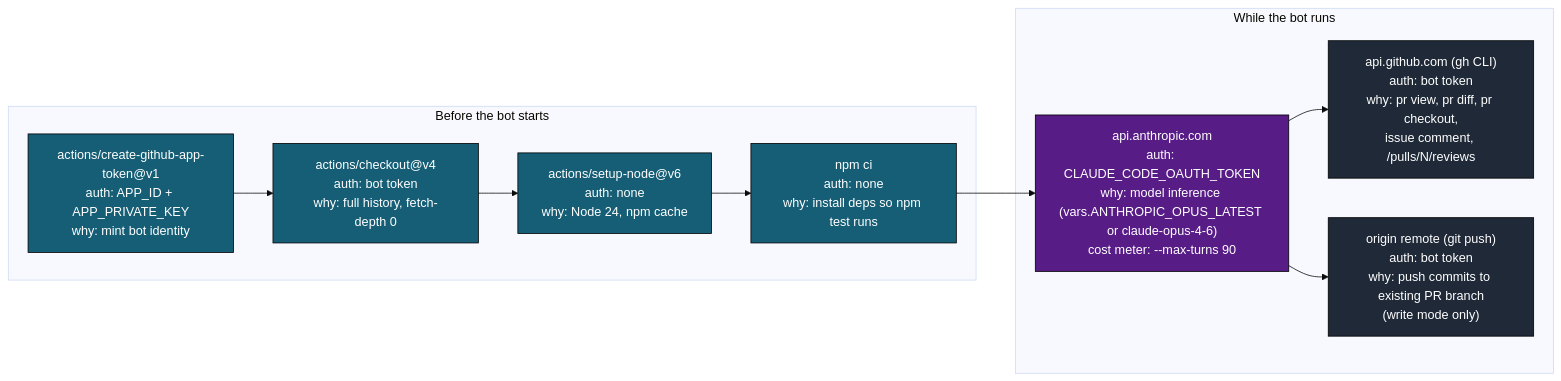
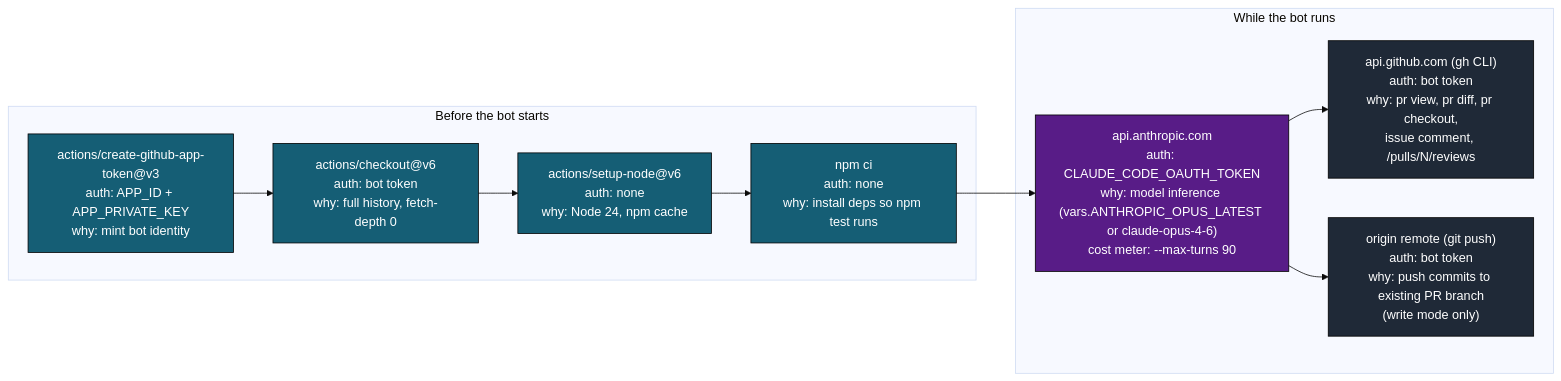
The eighth of 13 diagrams in .github/docs/BOT_RESPOND_DEEP_DIVE.md (llm-exe/llm-exe), drawn with Mermaid (base theme) before and after one commit. The commit also changed other lines of this file and 19 other files, not shown here.

First line of the commit message:
Update GitHub Actions to use latest versions of create-github-app-token and checkout actions

````diff
--- a/.github/docs/BOT_RESPOND_DEEP_DIVE.md
+++ b/.github/docs/BOT_RESPOND_DEEP_DIVE.md
@@ -357,23 +357,23 @@
 ```mermaid
 flowchart LR
     classDef pre fill:#155e75,color:#fff,stroke:#000
     classDef llm fill:#581c87,color:#fff,stroke:#000
     classDef gh fill:#1f2937,color:#fff,stroke:#000
 
     subgraph Pre["Before the bot starts"]
-        c1["actions/create-github-app-token@v1\nauth: APP_ID + APP_PRIVATE_KEY\nwhy: mint bot identity"]:::pre
-        c2["actions/checkout@v4\nauth: bot token\nwhy: full history, fetch-depth 0"]:::pre
+        c1["actions/create-github-app-token@v3\nauth: APP_ID + APP_PRIVATE_KEY\nwhy: mint bot identity"]:::pre
+        c2["actions/checkout@v6\nauth: bot token\nwhy: full history, fetch-depth 0"]:::pre
         c3["actions/setup-node@v6\nauth: none\nwhy: Node 24, npm cache"]:::pre
         c4["npm ci\nauth: none\nwhy: install deps so npm test runs"]:::pre
     end
 
     subgraph During["While the bot runs"]
         d1["api.anthropic.com\nauth: CLAUDE_CODE_OAUTH_TOKEN\nwhy: model inference (vars.ANTHROPIC_OPUS_LATEST or claude-opus-4-6)\ncost meter: --max-turns 90"]:::llm
         d2["api.github.com (gh CLI)\nauth: bot token\nwhy: pr view, pr diff, pr checkout,\nissue comment, /pulls/N/reviews"]:::gh
         d3["origin remote (git push)\nauth: bot token\nwhy: push commits to existing PR branch\n(write mode only)"]:::gh
     end
 
     c1 --> c2 --> c3 --> c4 --> d1
     d1 --> d2
     d1 --> d3
 ```
````
